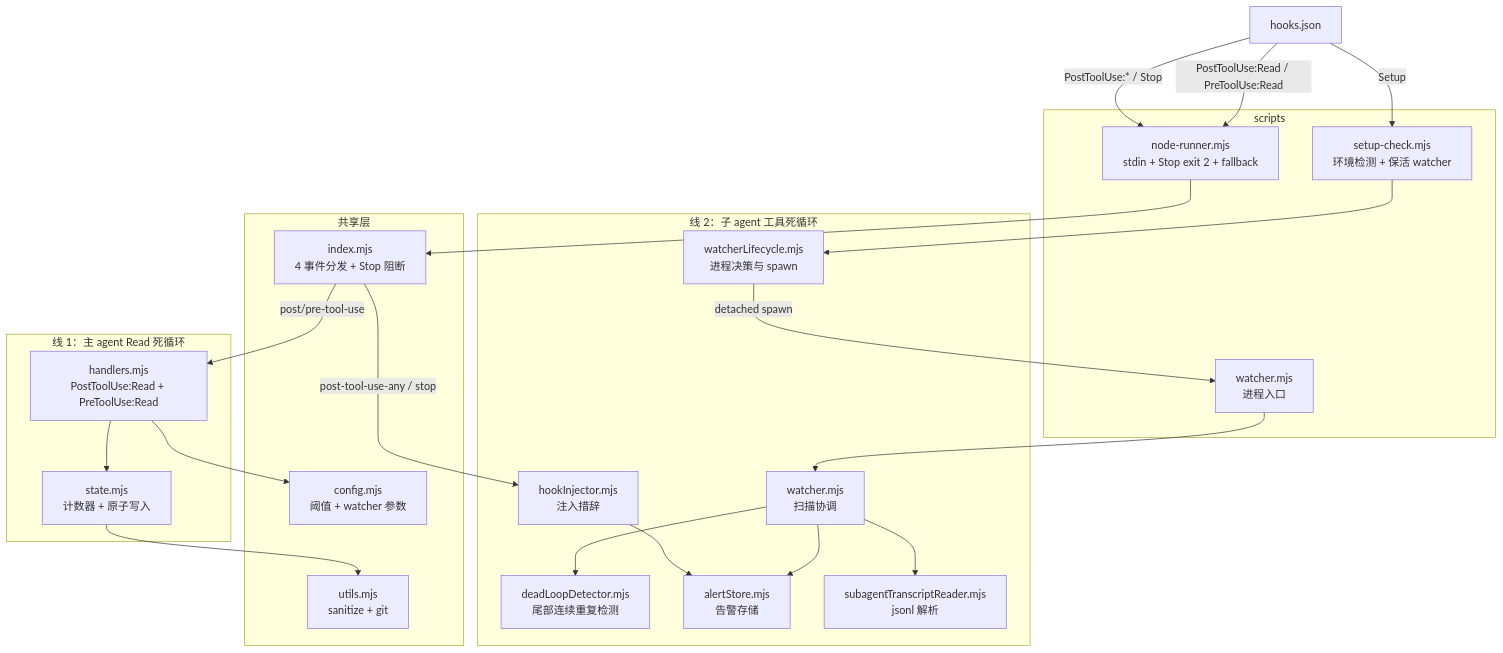
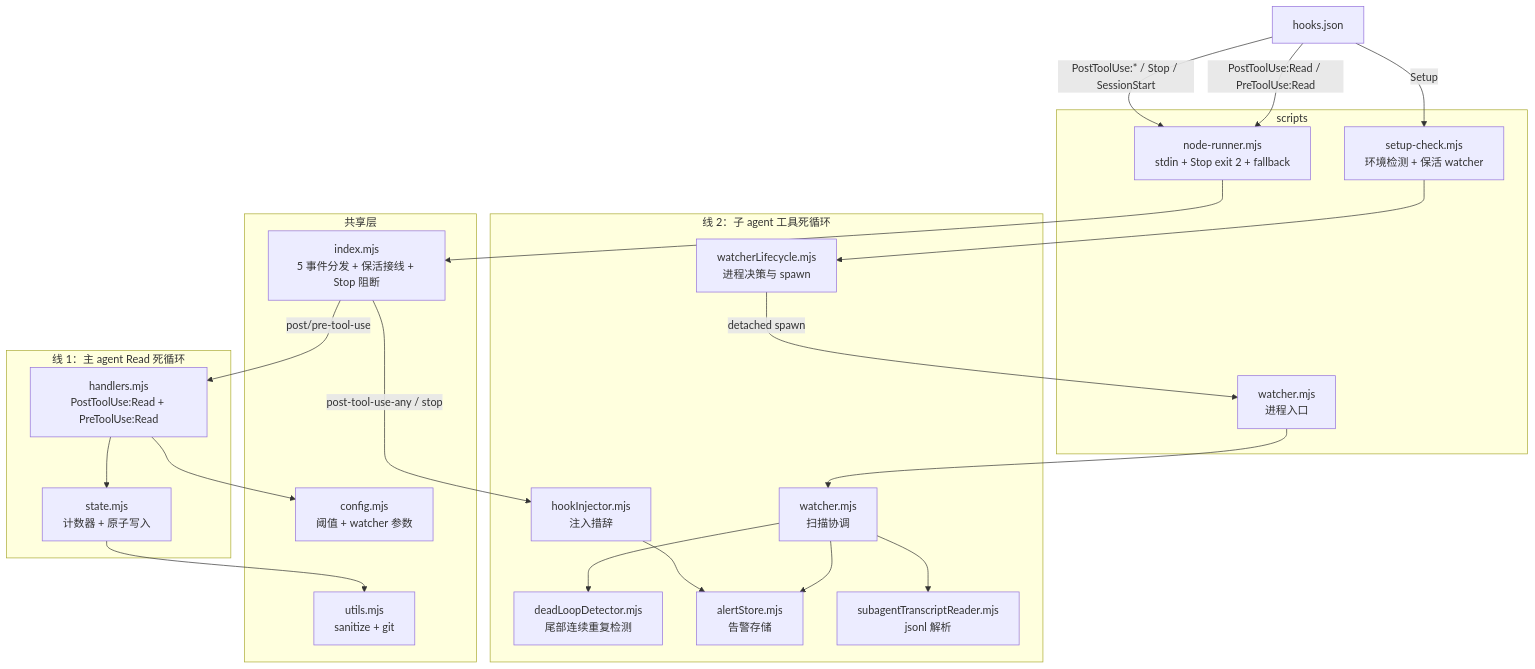
One commit to Lionad-Morotar/cc-break-dead-loop changed the third of 3 diagrams in docs/2. Architecture Overview.md. Above: the diagram before and after it, drawn with Mermaid. The commit also changed other lines of this file and 10 other files, not shown here.

````diff
--- a/docs/2. Architecture Overview.md
+++ b/docs/2. Architecture Overview.md
@@ -53,45 +53,45 @@
 ```mermaid
 graph TB
     subgraph "线 1：主 agent Read 死循环"
         HND[handlers.mjs<br/>PostToolUse:Read + PreToolUse:Read]
         ST[state.mjs<br/>计数器 + 原子写入]
     end
 
     subgraph "线 2：子 agent 工具死循环"
         W[watcher.mjs<br/>扫描协调]
         WL[watcherLifecycle.mjs<br/>进程决策与 spawn]
         DET[deadLoopDetector.mjs<br/>尾部连续重复检测]
         AS[alertStore.mjs<br/>告警存储]
         HI[hookInjector.mjs<br/>注入措辞]
         TR[subagentTranscriptReader.mjs<br/>jsonl 解析]
     end
 
     subgraph "共享层"
-        IDX[index.mjs<br/>4 事件分发 + Stop 阻断]
+        IDX[index.mjs<br/>5 事件分发 + 保活接线 + Stop 阻断]
         CFG[config.mjs<br/>阈值 + watcher 参数]
         UTL[utils.mjs<br/>sanitize + git]
     end
 
     subgraph "scripts"
         SC[setup-check.mjs<br/>环境检测 + 保活 watcher]
         NR[node-runner.mjs<br/>stdin + Stop exit 2 + fallback]
         WE[watcher.mjs<br/>进程入口]
     end
 
     HK[hooks.json] -->|Setup| SC
     HK -->|PostToolUse:Read / PreToolUse:Read| NR
-    HK -->|PostToolUse:* / Stop| NR
+    HK -->|PostToolUse:* / Stop / SessionStart| NR
     SC --> WL
     WL -->|detached spawn| WE
     WE --> W
     NR --> IDX
     IDX -->|post/pre-tool-use| HND
     IDX -->|post-tool-use-any / stop| HI
     HND --> ST
     W --> TR
     W --> DET
     W --> AS
     HI --> AS
     HND --> CFG
     ST --> UTL
 ```
````
